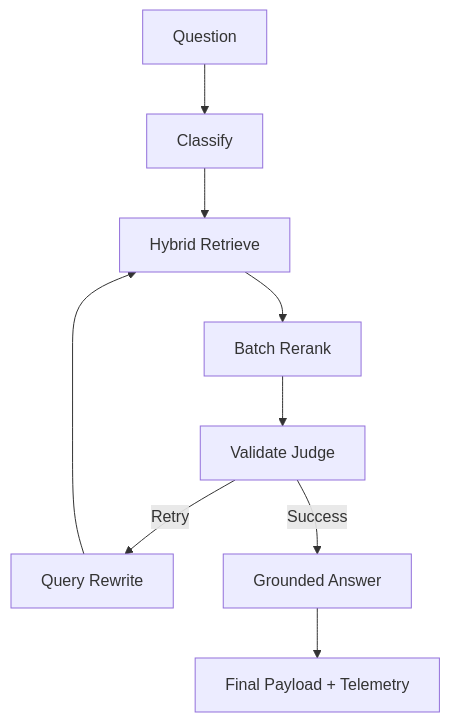
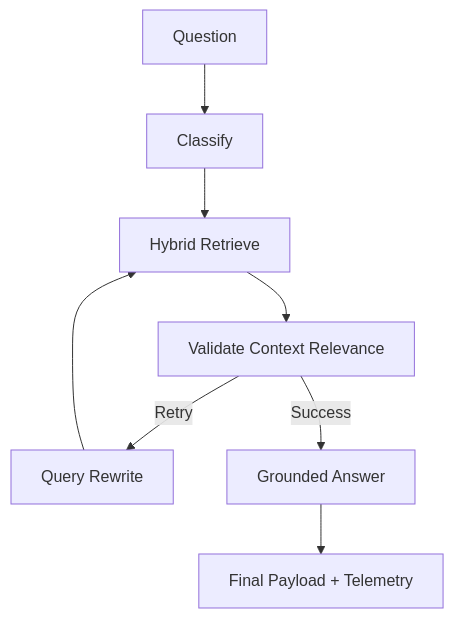
The diagram in README.md (Aadik1ng/Intel-Doc), drawn with Mermaid before and after one commit. The commit also changed other lines of this file, not shown here.

Commit message:
docs: update architecture diagram, pipeline descriptions, and roadmap in README.md

````diff
--- a/README.md
+++ b/README.md
@@ -7,11 +7,10 @@
 ```mermaid
 graph TD
     A[Question] --> B[Classify]
     B --> C[Hybrid Retrieve]
-    C --> D[Batch Rerank]
-    D --> E[Validate Judge]
-    E -- Retry --> F[Query Rewrite]
+    C --> D[Validate Context Relevance]
+    D -- Retry --> F[Query Rewrite]
     F --> C
-    E -- Success --> G[Grounded Answer]
+    D -- Success --> G[Grounded Answer]
     G --> H[Final Payload + Telemetry]
 ```
````
